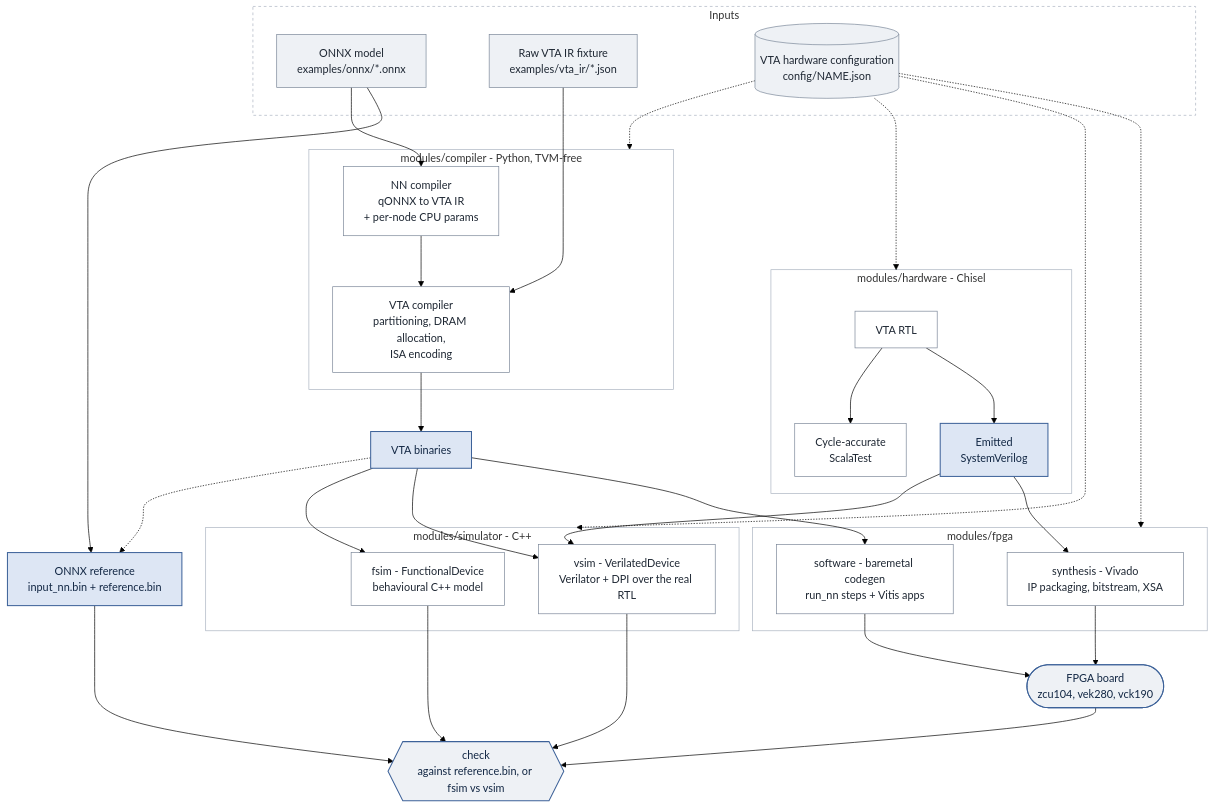
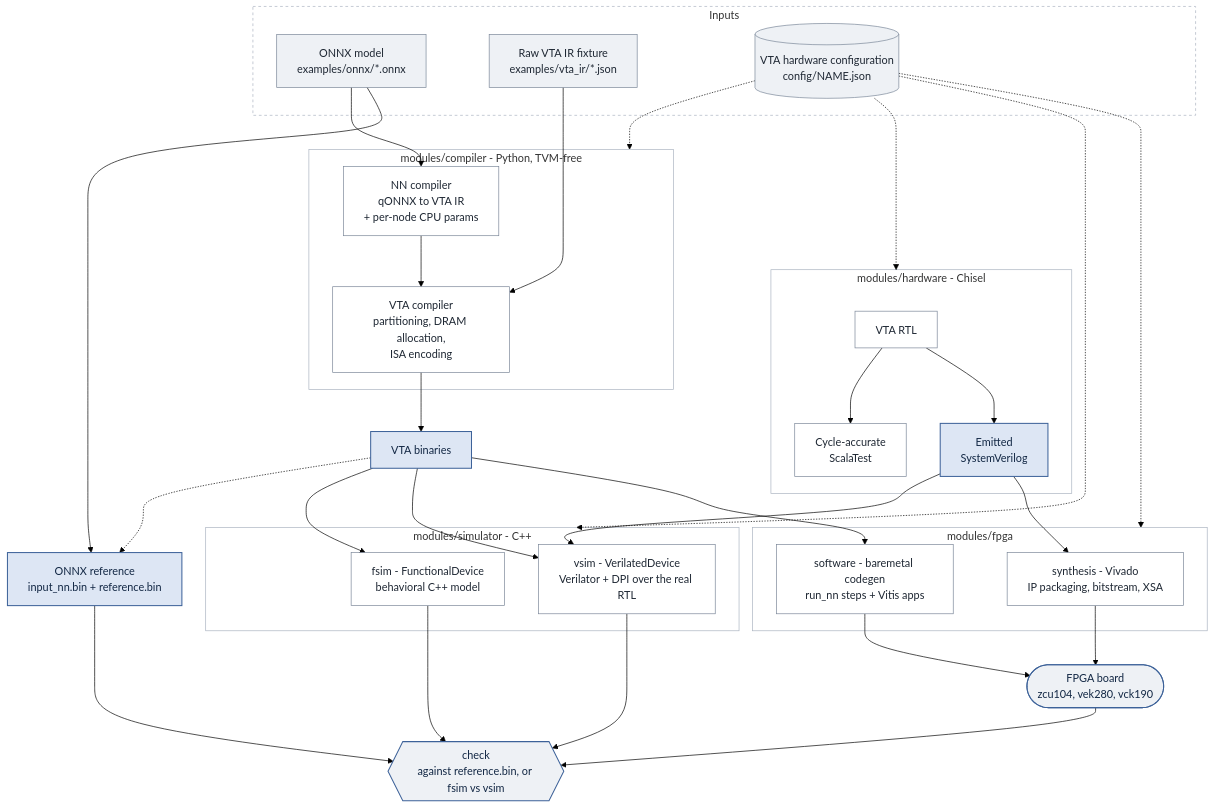
Before and after one commit to onera/standalone-vta: the diagram in README.md, drawn with Mermaid (forest theme). The commit also changed other lines of this file and 1 other file, not shown here.

````diff
--- a/README.md
+++ b/README.md
@@ -22,80 +23,80 @@
 ```mermaid
 flowchart TB
     subgraph inputs ["Inputs"]
         onnx["ONNX model<br/>examples/onnx/*.onnx"]
         ir["Raw VTA IR fixture<br/>examples/vta_ir/*.json"]
         cfg[("VTA hardware configuration<br/>config/NAME.json")]
     end
 
     subgraph comp ["modules/compiler - Python, TVM-free"]
         nnc["NN compiler<br/>qONNX to VTA IR<br/>+ per-node CPU params"]
         vtac["VTA compiler<br/>partitioning, DRAM allocation,<br/>ISA encoding"]
         nnc --> vtac
     end
 
     art["VTA binaries"]
 
     subgraph hw ["modules/hardware - Chisel"]
         rtl["VTA RTL"]
         catest["Cycle-accurate<br/>ScalaTest"]
         sv["Emitted<br/>SystemVerilog"]
         rtl --> catest
         rtl --> sv
     end
 
     subgraph simg ["modules/simulator - C++"]
-        fsim["fsim - FunctionalDevice<br/>behavioural C++ model"]
+        fsim["fsim - FunctionalDevice<br/>behavioral C++ model"]
         vsim["vsim - VerilatedDevice<br/>Verilator + DPI over the real RTL"]
     end
 
     subgraph fpga ["modules/fpga"]
         synth["synthesis - Vivado<br/>IP packaging, bitstream, XSA"]
         bmgen["software - baremetal codegen<br/>run_nn steps + Vitis apps"]
     end
 
     board(["FPGA board<br/>zcu104, vek280, vck190"])
 
     ref["ONNX reference<br/>input_nn.bin + reference.bin"]
     check{{"check<br/>against reference.bin, or fsim vs vsim"}}
 
     onnx --> nnc
     onnx --> ref
     art -.-> ref
     ir --> vtac
     vtac --> art
 
     cfg -.-> comp
     cfg -.-> hw
     cfg -.-> simg
     cfg -.-> fpga
 
     art --> fsim
     art --> vsim
     art --> bmgen
     sv --> vsim
     sv --> synth
     synth --> board
     bmgen --> board
 
     fsim --> check
     vsim --> check
     board --> check
     ref --> check
 
 
     classDef input fill:#eef1f5,stroke:#7a8698,stroke-width:1px,color:#1e2733
     classDef step fill:#ffffff,stroke:#7a8698,stroke-width:1px,color:#1e2733
     classDef data fill:#dde6f4,stroke:#3d6299,stroke-width:1.5px,color:#122744
     classDef result fill:#eef1f5,stroke:#3d6299,stroke-width:1.5px,color:#122744
 
     class onnx,ir,cfg input
     class nnc,vtac,rtl,catest,fsim,vsim,synth,bmgen step
     class art,ref,sv data
     class board,check result
 
     style inputs fill:none,stroke:#aab3c0,stroke-dasharray:4 4
     style comp fill:none,stroke:#aab3c0
     style hw fill:none,stroke:#aab3c0
     style simg fill:none,stroke:#aab3c0
     style fpga fill:none,stroke:#aab3c0
 ```
````
